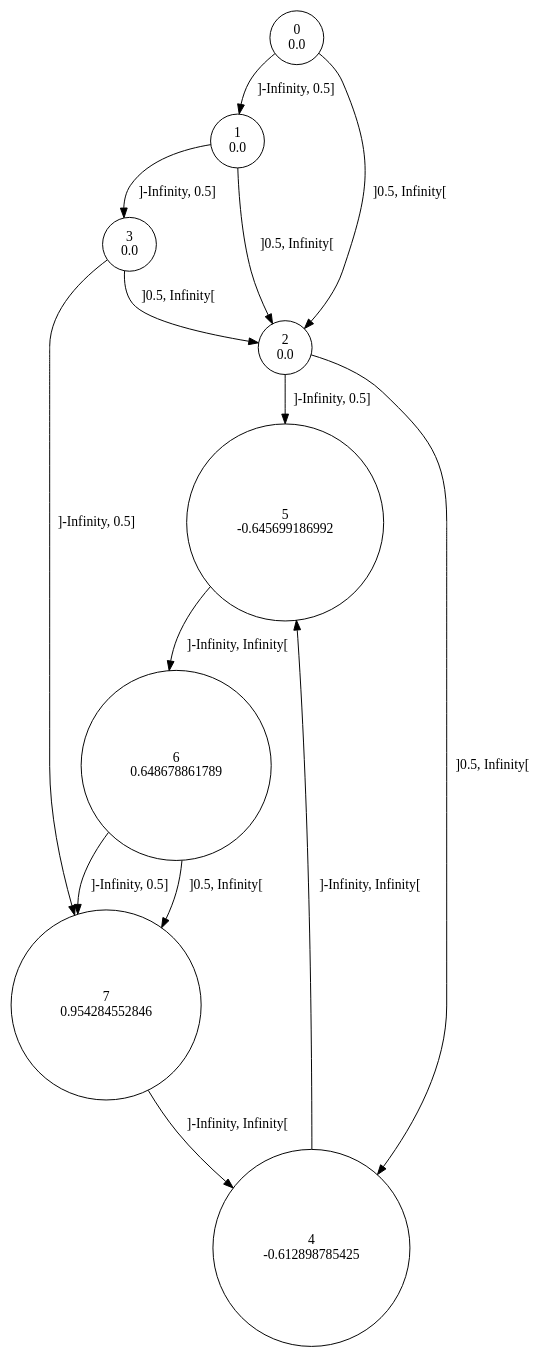
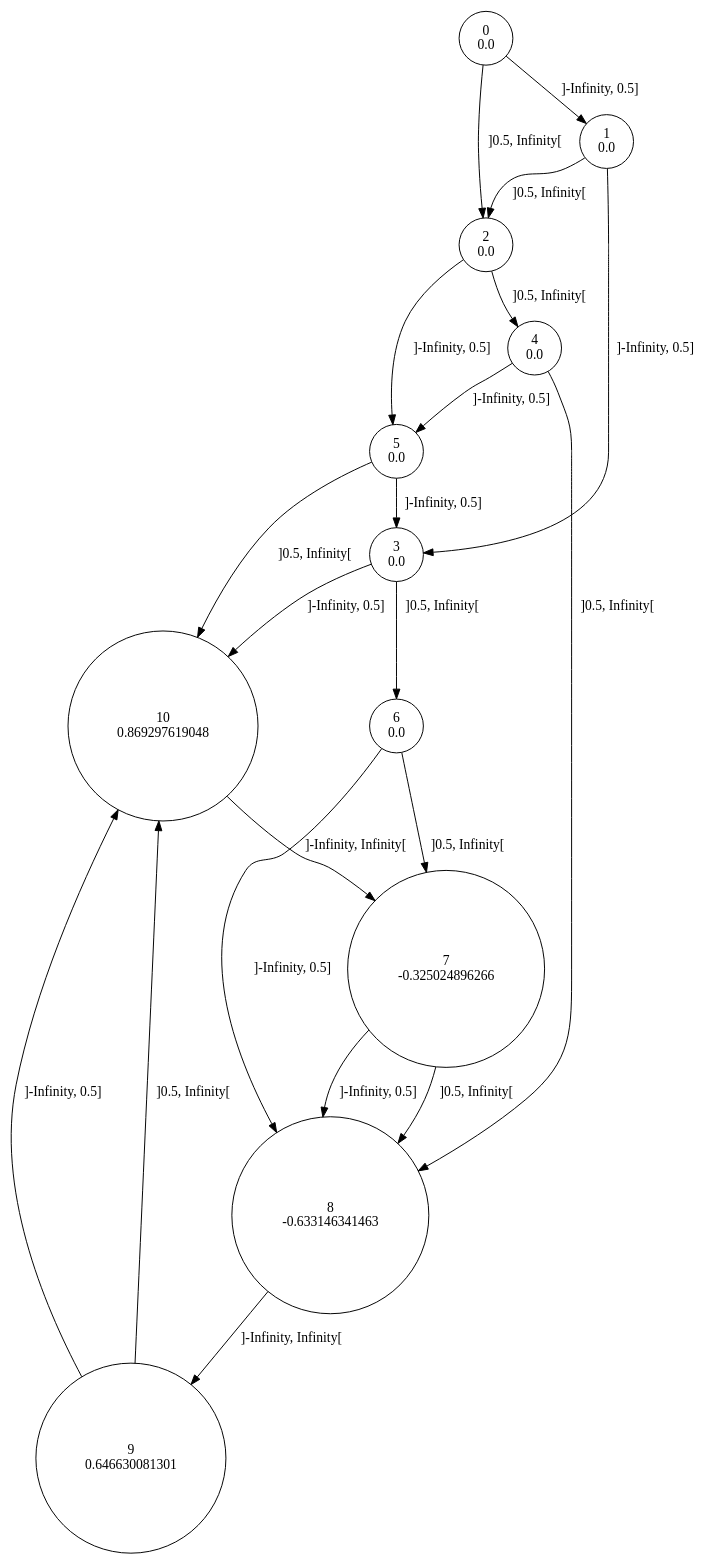
Before and after one commit to gllpellegrino/RAI_experiments: the diagram in distorced_sinus_2/data/2/rtisy.dot, drawn with Graphviz. The commit also changed 306 other files, not shown here.

```diff
--- a/distorced_sinus_2/data/2/rtisy.dot
+++ b/distorced_sinus_2/data/2/rtisy.dot
@@ -1,23 +1,33 @@
 digraph a {
 0 [shape=circle, label="0\n0.0"];
 	0 -> 1 [label="]-Infinity, 0.5]"];
 	0 -> 2 [label="]0.5, Infinity["];
 1 [shape=circle, label="1\n0.0"];
 	1 -> 3 [label="]-Infinity, 0.5]"];
 	1 -> 2 [label="]0.5, Infinity["];
 2 [shape=circle, label="2\n0.0"];
 	2 -> 5 [label="]-Infinity, 0.5]"];
 	2 -> 4 [label="]0.5, Infinity["];
 3 [shape=circle, label="3\n0.0"];
-	3 -> 7 [label="]-Infinity, 0.5]"];
-	3 -> 2 [label="]0.5, Infinity["];
-4 [shape=circle, label="4\n-0.612898785425"];
-	4 -> 5 [label="]-Infinity, Infinity["];
-5 [shape=circle, label="5\n-0.645699186992"];
-	5 -> 6 [label="]-Infinity, Infinity["];
-6 [shape=circle, label="6\n0.648678861789"];
-	6 -> 7 [label="]-Infinity, 0.5]"];
+	3 -> 10 [label="]-Infinity, 0.5]"];
+	3 -> 6 [label="]0.5, Infinity["];
+4 [shape=circle, label="4\n0.0"];
+	4 -> 5 [label="]-Infinity, 0.5]"];
+	4 -> 8 [label="]0.5, Infinity["];
+5 [shape=circle, label="5\n0.0"];
+	5 -> 3 [label="]-Infinity, 0.5]"];
+	5 -> 10 [label="]0.5, Infinity["];
+6 [shape=circle, label="6\n0.0"];
+	6 -> 8 [label="]-Infinity, 0.5]"];
 	6 -> 7 [label="]0.5, Infinity["];
-7 [shape=circle, label="7\n0.954284552846"];
-	7 -> 4 [label="]-Infinity, Infinity["];
+7 [shape=circle, label="7\n-0.325024896266"];
+	7 -> 8 [label="]-Infinity, 0.5]"];
+	7 -> 8 [label="]0.5, Infinity["];
+8 [shape=circle, label="8\n-0.633146341463"];
+	8 -> 9 [label="]-Infinity, Infinity["];
+9 [shape=circle, label="9\n0.646630081301"];
+	9 -> 10 [label="]-Infinity, 0.5]"];
+	9 -> 10 [label="]0.5, Infinity["];
+10 [shape=circle, label="10\n0.869297619048"];
+	10 -> 7 [label="]-Infinity, Infinity["];
 }
```
